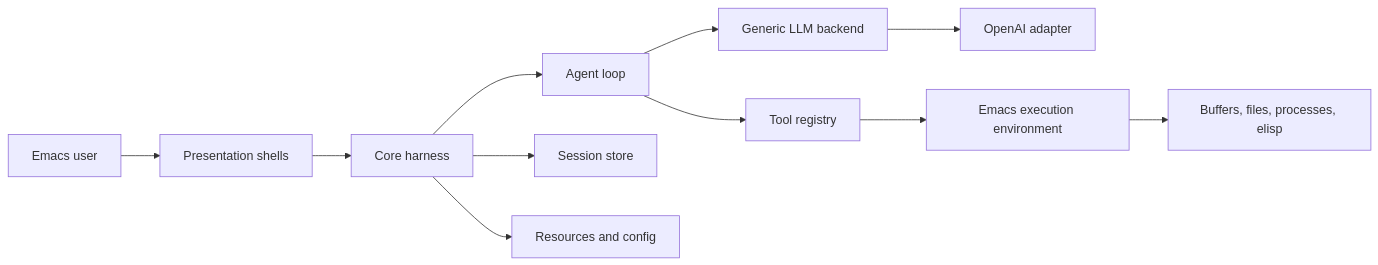
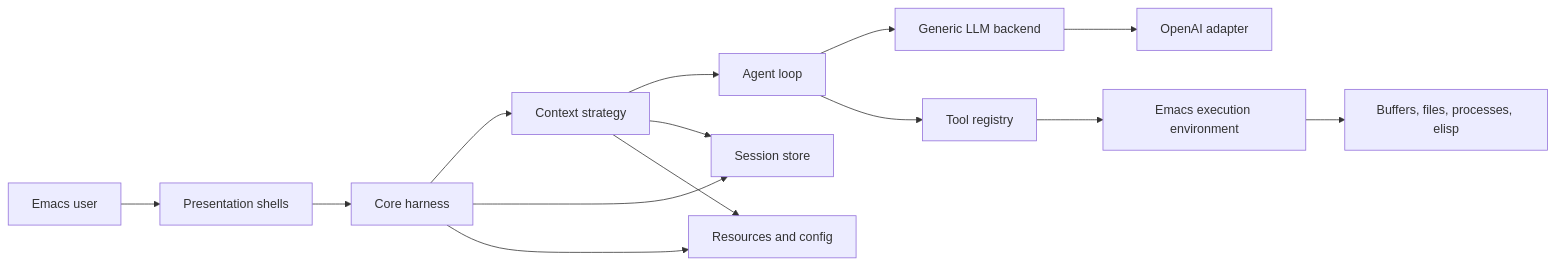
Before and after one commit to alendit/e: the first of 2 diagrams in docs/architecture.md, drawn with Mermaid. The commit also changed other lines of this file and 1 other file, not shown here.

Commit message:
docs: record canvas context mode

````diff
--- a/docs/architecture.md
+++ b/docs/architecture.md
@@ -24,13 +39,16 @@
 ```mermaid
 flowchart LR
     User["Emacs user"] --> UI["Presentation shells"]
     UI --> Harness["Core harness"]
-    Harness --> Loop["Agent loop"]
+    Harness --> Context["Context strategy"]
+    Context --> Loop["Agent loop"]
     Loop --> Backend["Generic LLM backend"]
     Backend --> OpenAI["OpenAI adapter"]
     Loop --> Tools["Tool registry"]
     Tools --> Env["Emacs execution environment"]
     Harness --> Sessions["Session store"]
+    Context --> Sessions
     Harness --> Resources["Resources and config"]
+    Context --> Resources
     Env --> Emacs["Buffers, files, processes, elisp"]
 ```
````
